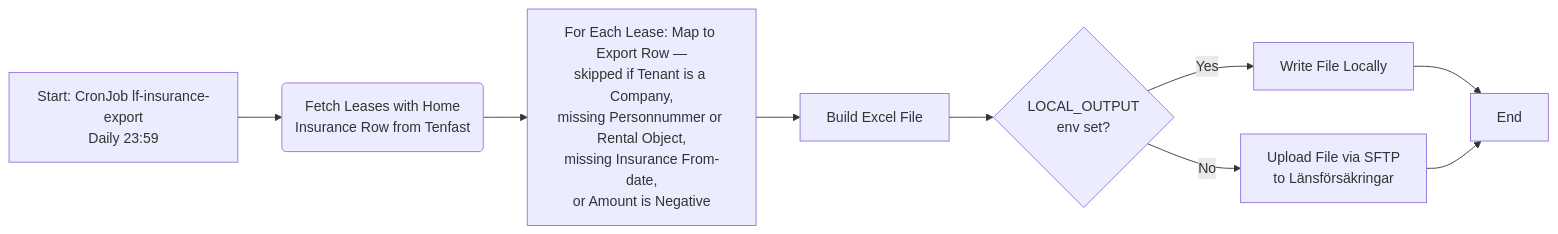
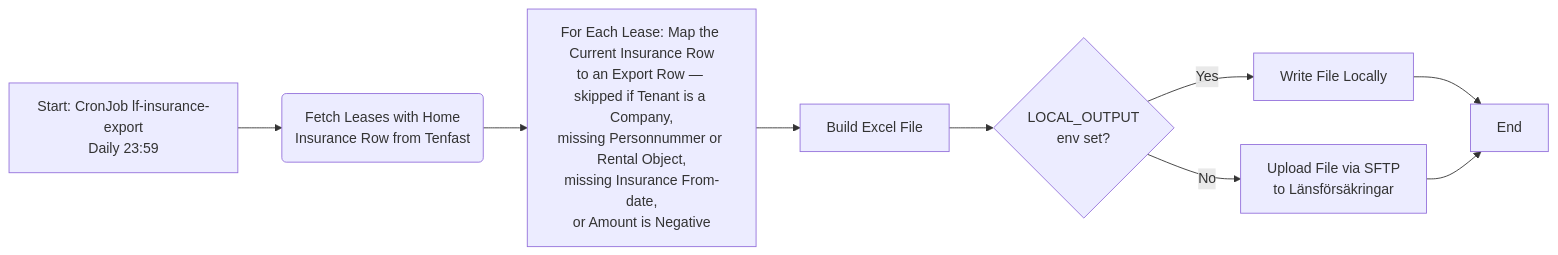
The first of 2 diagrams in core/src/processes/homeinsurance/DOCS_Export_Home_Insurance_to_Lansforsakringar.md (Bostads-AB-Mimer/onecore), drawn with Mermaid before and after one commit. The commit also changed other lines of this file and 62 other files, not shown here.

````diff
--- a/core/src/processes/homeinsurance/DOCS_Export_Home_Insurance_to_Lansforsakringar.md
+++ b/core/src/processes/homeinsurance/DOCS_Export_Home_Insurance_to_Lansforsakringar.md
@@ -13,11 +21,11 @@
 ```mermaid
 flowchart LR
 A[Start: CronJob lf-insurance-export<br/>Daily 23:59] --> B(Fetch Leases with Home<br/>Insurance Row from Tenfast)
-B --> C[For Each Lease: Map to Export Row —<br/>skipped if Tenant is a Company,<br/>missing Personnummer or Rental Object,<br/>missing Insurance From-date,<br/>or Amount is Negative]
+B --> C[For Each Lease: Map the Current Insurance Row<br/>to an Export Row — skipped if Tenant is a Company,<br/>missing Personnummer or Rental Object,<br/>missing Insurance From-date,<br/>or Amount is Negative]
 C --> D[Build Excel File]
 D --> E{LOCAL_OUTPUT<br/>env set?}
 E --> |Yes| F[Write File Locally]
 E --> |No| G[Upload File via SFTP<br/>to Länsförsäkringar]
 F --> O[End]
 G --> O
 ```
````
